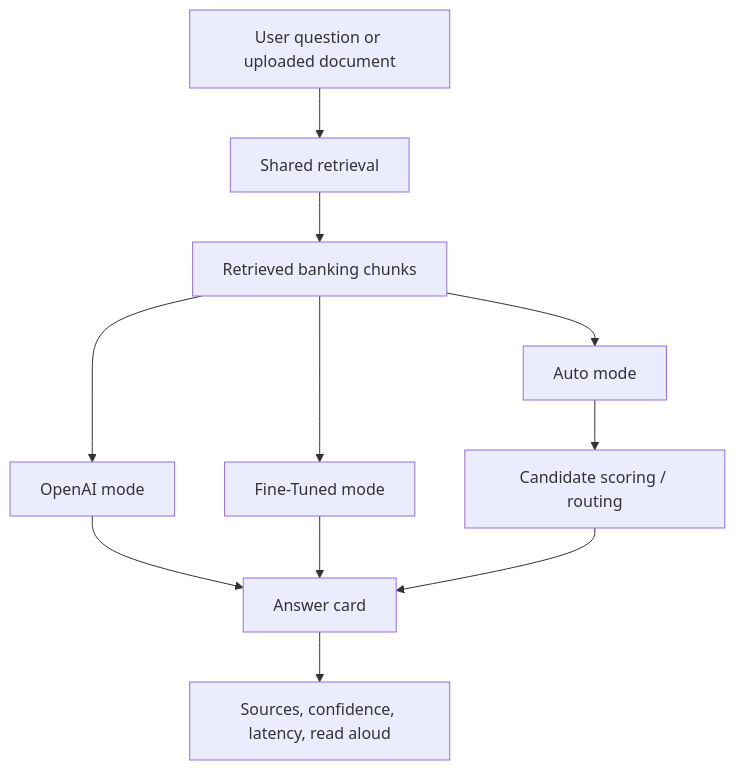
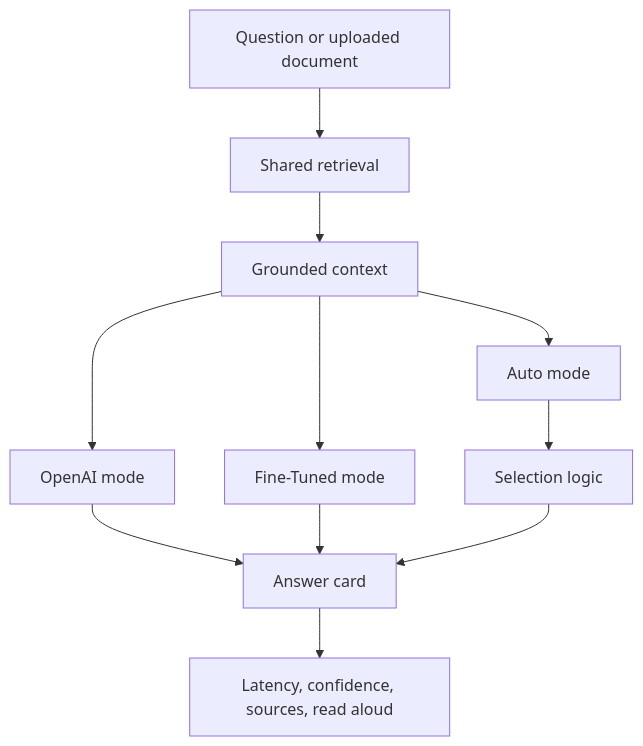
The second of 2 diagrams in README.md (rakeshmadasaniai/banking-genai-portfolio), drawn with Mermaid before and after one commit. The commit also changed other lines of this file and 15 other files, not shown here.

````diff
--- a/README.md
+++ b/README.md
@@ -111,15 +83,15 @@
 ```mermaid
 flowchart TD
-    U["User question or uploaded document"] --> R["Shared retrieval"]
-    R --> C["Retrieved banking chunks"]
+    U["Question or uploaded document"] --> R["Shared retrieval"]
+    R --> C["Grounded context"]
     C --> O["OpenAI mode"]
     C --> F["Fine-Tuned mode"]
     C --> A["Auto mode"]
 
-    A --> S["Candidate scoring / routing"]
+    A --> S["Selection logic"]
     O --> X["Answer card"]
     F --> X
     S --> X
 
-    X --> Y["Sources, confidence, latency, read aloud"]
+    X --> Y["Latency, confidence, sources, read aloud"]
 ```
````
